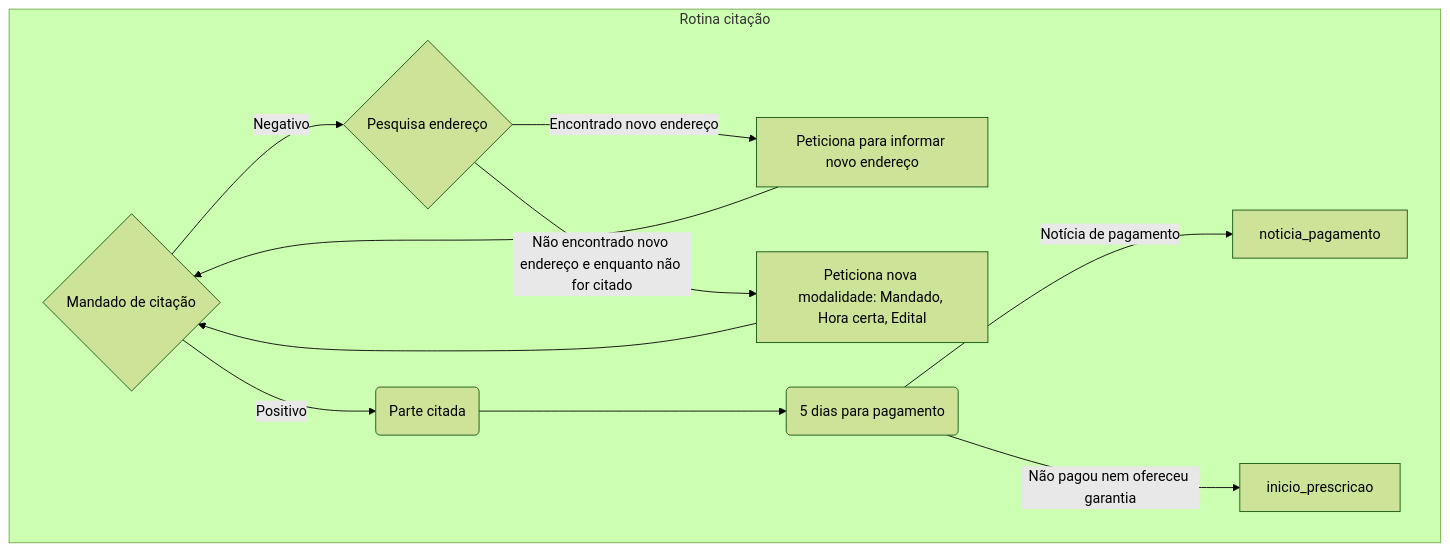
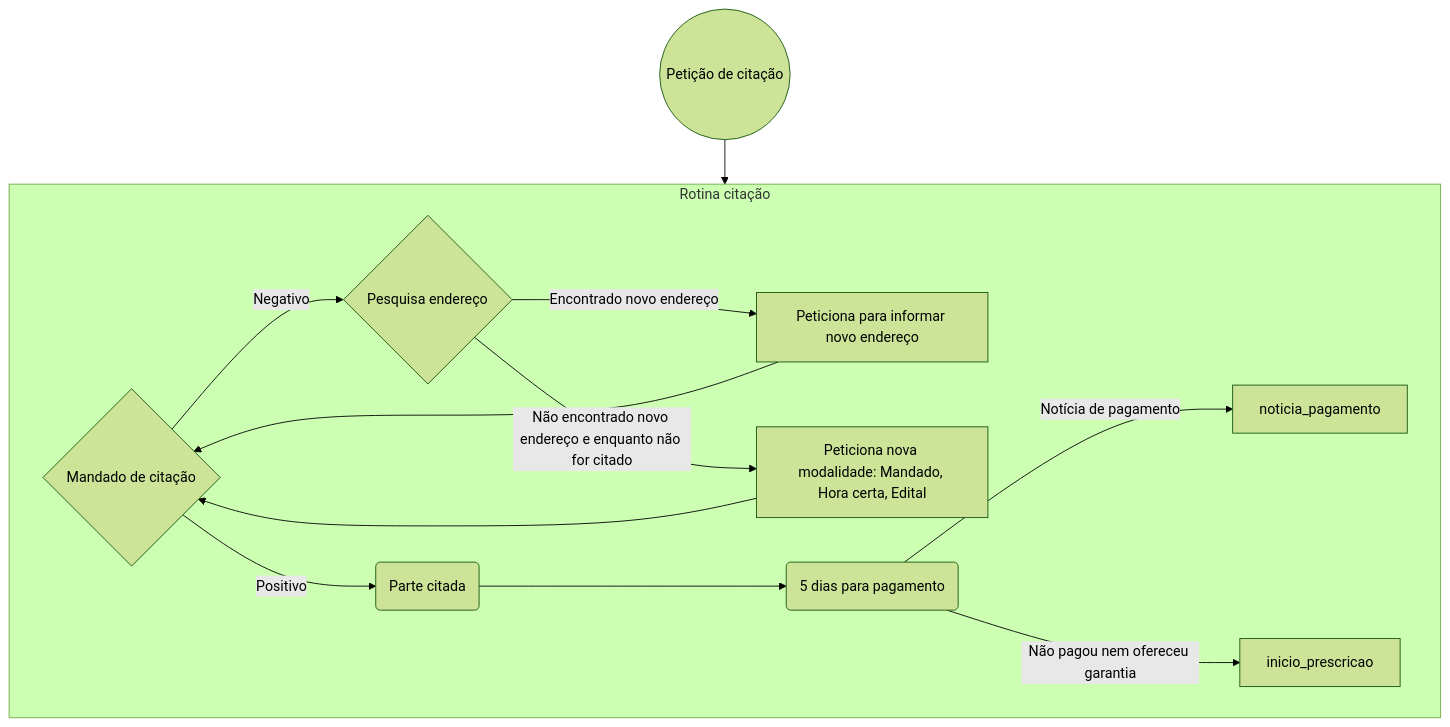
The diagram in fluxos/citacao.md (franklinbaldo/paf), drawn with Mermaid (forest theme) before and after one commit. The commit also changed 1 other file, not shown here.

Commit message:
cnib_citacao

````diff
--- a/fluxos/citacao.md
+++ b/fluxos/citacao.md
@@ -1,17 +1,17 @@
 ```mermaid
 flowchart TD
-
+inicio_citacao((Petição de citação)) --> rotina_citacao
 subgraph rotina_citacao[Rotina citação]
   mandado_citacao{Mandado de citação}
   mandado_citacao --> |Positivo| parte_citada(Parte citada)
   mandado_citacao --> |Negativo| pesquisa_endereco{Pesquisa endereço}
   pesquisa_endereco --> |Encontrado novo endereço| peticiona_novo_endereco[Peticiona para informar novo endereço]
   peticiona_novo_endereco --> mandado_citacao
 petiona_nova_modalidade[Peticiona nova modalidade: Mandado, Hora certa, Edital]
   pesquisa_endereco --> |Não encontrado novo endereço e enquanto não for citado| petiona_nova_modalidade
   petiona_nova_modalidade --> mandado_citacao
   parte_citada --> prazo_para_pagamento(5 dias para pagamento)
   prazo_para_pagamento --> |Notícia de pagamento| noticia_pagamento
   prazo_para_pagamento --> |Não pagou nem ofereceu garantia| inicio_prescricao
 end
 ```
````
